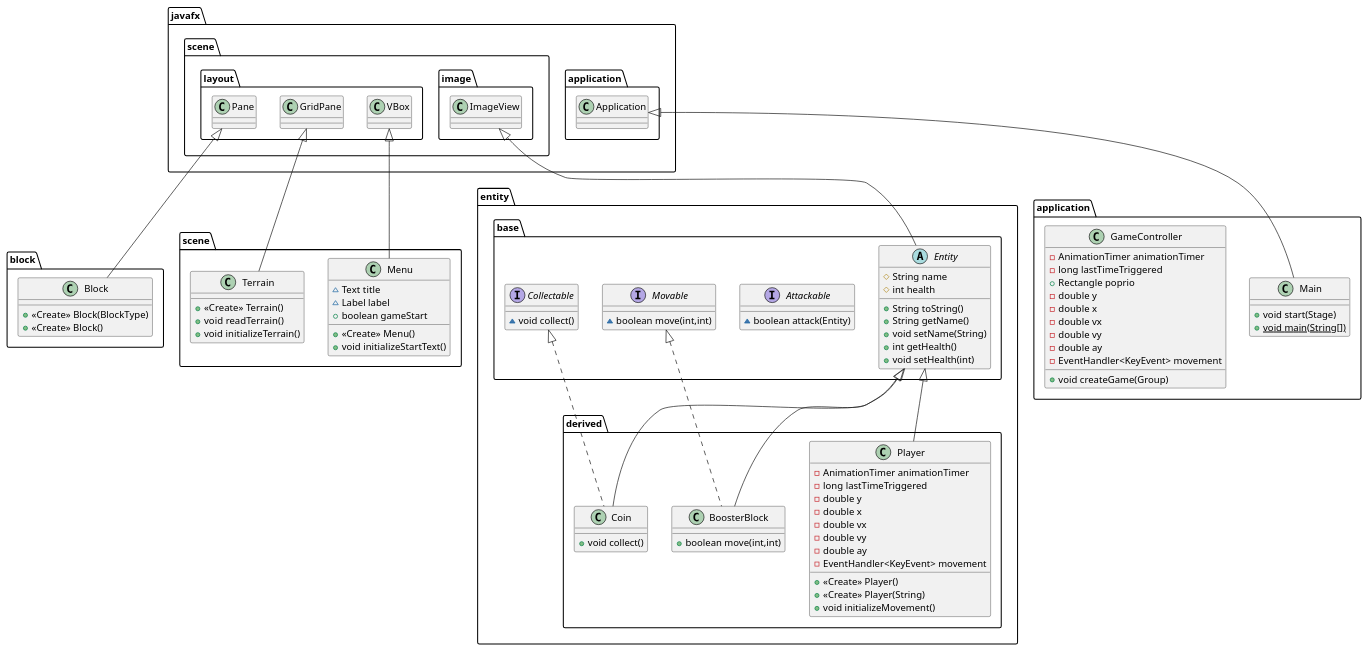
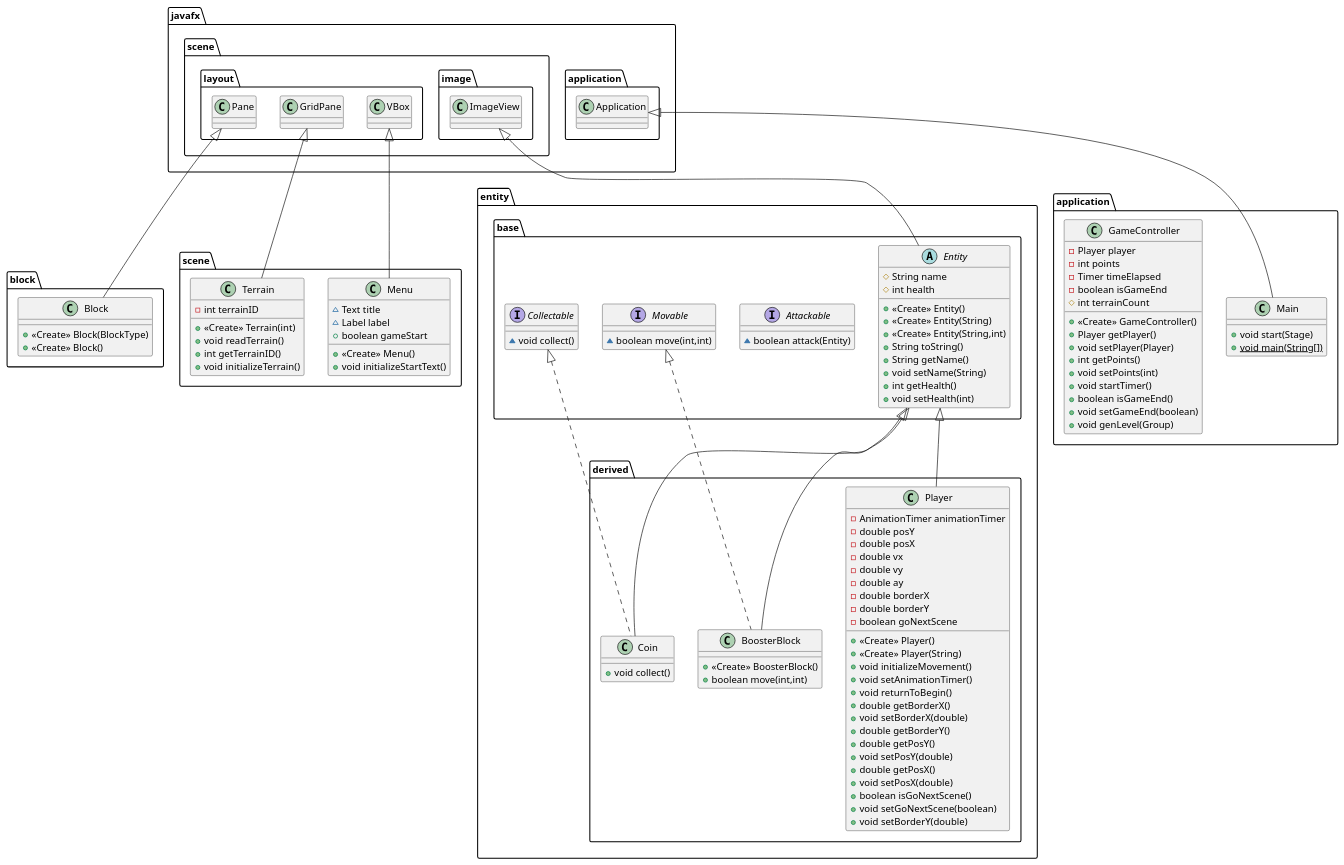
Before and after one commit to noppakorn/2110215_project: the diagram in uml.puml, drawn with PlantUML. The commit also changed 3 other files, not shown here.

```diff
--- a/uml.puml
+++ b/uml.puml
@@ -1,83 +1,106 @@
 @startuml
 class block.Block {
 + <<Create>> Block(BlockType)
 + <<Create>> Block()
 }
 abstract class entity.base.Entity {
 # String name
 # int health
++ <<Create>> Entity()
++ <<Create>> Entity(String)
++ <<Create>> Entity(String,int)
 + String toString()
 + String getName()
 + void setName(String)
 + int getHealth()
 + void setHealth(int)
 }
 interface entity.base.Attackable {
 ~ boolean attack(Entity)
 }
 class scene.Menu {
 ~ Text title
 ~ Label label
 + boolean gameStart
 + <<Create>> Menu()
 + void initializeStartText()
 }
 class entity.derived.BoosterBlock {
++ <<Create>> BoosterBlock()
 + boolean move(int,int)
 }
 class application.Main {
 + void start(Stage)
 + {static} void main(String[])
 }
 class application.GameController {
-- AnimationTimer animationTimer
-- long lastTimeTriggered
-+ Rectangle poprio
-- double y
-- double x
-- double vx
-- double vy
-- double ay
-- EventHandler<KeyEvent> movement
-+ void createGame(Group)
+- Player player
+- int points
+- Timer timeElapsed
+- boolean isGameEnd
+# int terrainCount
++ <<Create>> GameController()
++ Player getPlayer()
++ void setPlayer(Player)
++ int getPoints()
++ void setPoints(int)
++ void startTimer()
++ boolean isGameEnd()
++ void setGameEnd(boolean)
++ void genLevel(Group)
 }
 class entity.derived.Coin {
 + void collect()
 }
 class entity.derived.Player {
 - AnimationTimer animationTimer
-- long lastTimeTriggered
-- double y
-- double x
+- double posY
+- double posX
 - double vx
 - double vy
 - double ay
-- EventHandler<KeyEvent> movement
+- double borderX
+- double borderY
+- boolean goNextScene
 + <<Create>> Player()
 + <<Create>> Player(String)
 + void initializeMovement()
++ void setAnimationTimer()
++ void returnToBegin()
++ double getBorderX()
++ void setBorderX(double)
++ double getBorderY()
++ double getPosY()
++ void setPosY(double)
++ double getPosX()
++ void setPosX(double)
++ boolean isGoNextScene()
++ void setGoNextScene(boolean)
++ void setBorderY(double)
 }
 interface entity.base.Movable {
 ~ boolean move(int,int)
 }
 interface entity.base.Collectable {
 ~ void collect()
 }
 class scene.Terrain {
-+ <<Create>> Terrain()
+- int terrainID
++ <<Create>> Terrain(int)
 + void readTerrain()
++ int getTerrainID()
 + void initializeTerrain()
 }
 
 
 javafx.scene.layout.Pane <|-- block.Block
 javafx.scene.image.ImageView <|-- entity.base.Entity
 javafx.scene.layout.VBox <|-- scene.Menu
 entity.base.Movable <|.. entity.derived.BoosterBlock
 entity.base.Entity <|-- entity.derived.BoosterBlock
 javafx.application.Application <|-- application.Main
 entity.base.Collectable <|.. entity.derived.Coin
 entity.base.Entity <|-- entity.derived.Coin
 entity.base.Entity <|-- entity.derived.Player
 javafx.scene.layout.GridPane <|-- scene.Terrain
 @enduml
```
